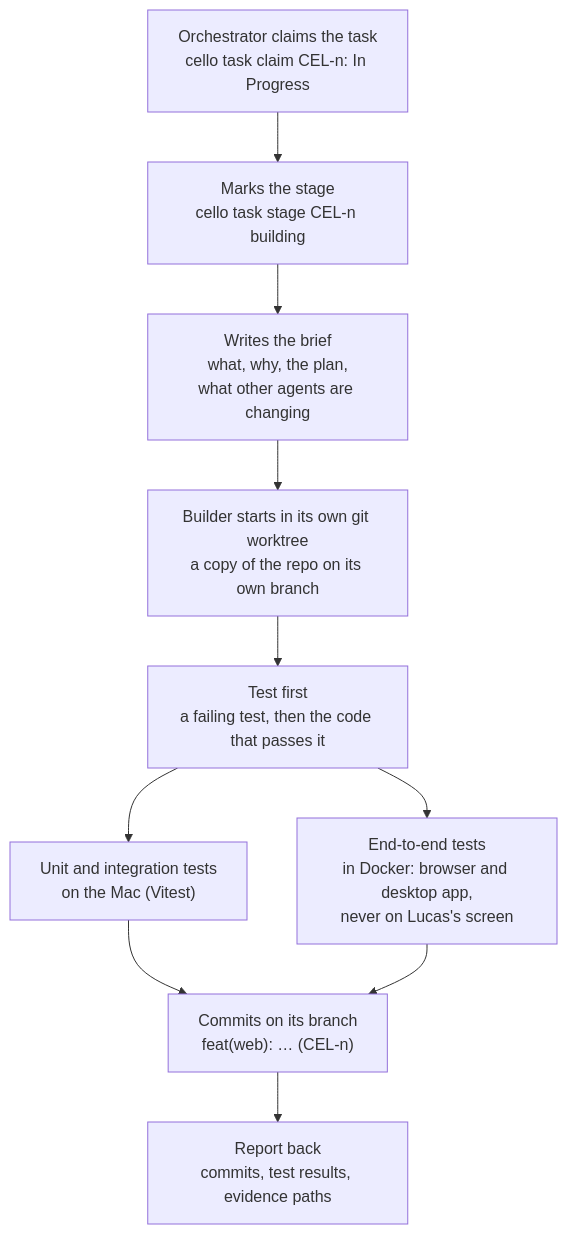
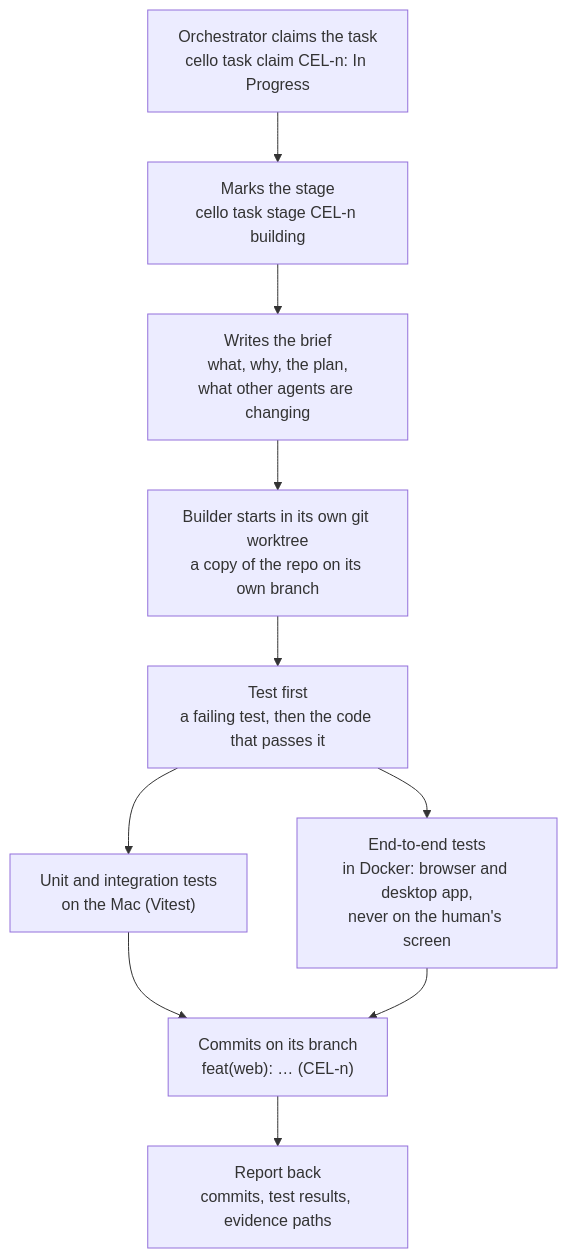
Before and after one commit to lnmunhoz/cello: the second of 5 diagrams in docs/feature-lifecycle.md, drawn with Mermaid. The commit also changed other lines of this file and 17 other files, not shown here.

First line of the commit message:
docs: agents say "the human", not Lucas; the unknown user is "Human" (CEL-182)

````diff
--- a/docs/feature-lifecycle.md
+++ b/docs/feature-lifecycle.md
@@ -88,12 +88,12 @@
 ```mermaid
 flowchart TD
     A["Orchestrator claims the task<br/>cello task claim CEL-n: In Progress"] --> S["Marks the stage<br/>cello task stage CEL-n building"]
     S --> B["Writes the brief<br/>what, why, the plan,<br/>what other agents are changing"]
     B --> C["Builder starts in its own git worktree<br/>a copy of the repo on its own branch"]
     C --> D["Test first<br/>a failing test, then the code that passes it"]
     D --> E["Unit and integration tests<br/>on the Mac (Vitest)"]
-    D --> F["End-to-end tests<br/>in Docker: browser and desktop app,<br/>never on Lucas's screen"]
+    D --> F["End-to-end tests<br/>in Docker: browser and desktop app,<br/>never on the human's screen"]
     E --> G["Commits on its branch<br/>feat(web): … (CEL-n)"]
     F --> G
     G --> H["Report back<br/>commits, test results, evidence paths"]
 ```
````
